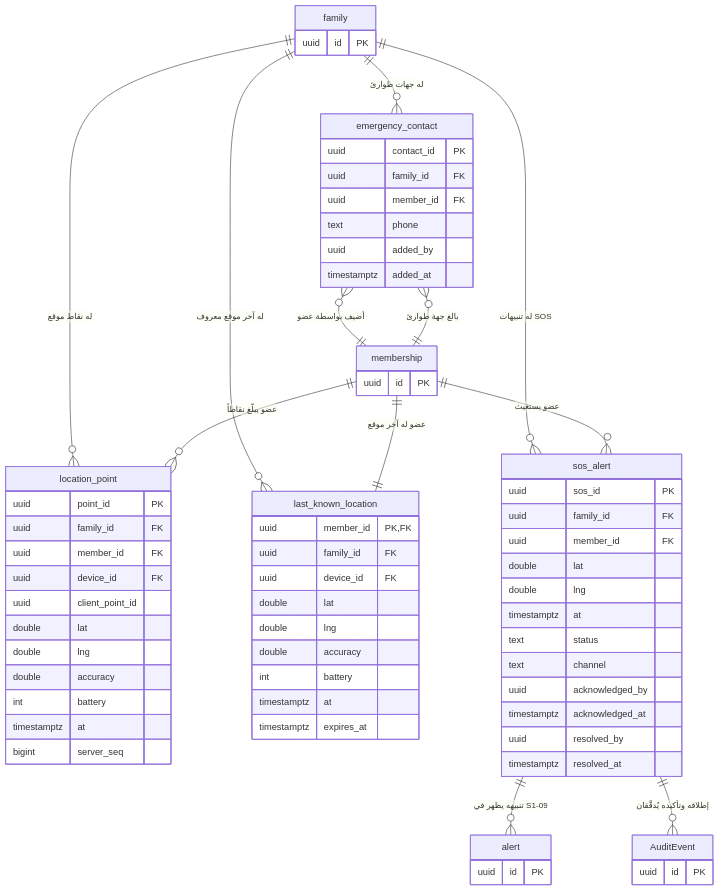
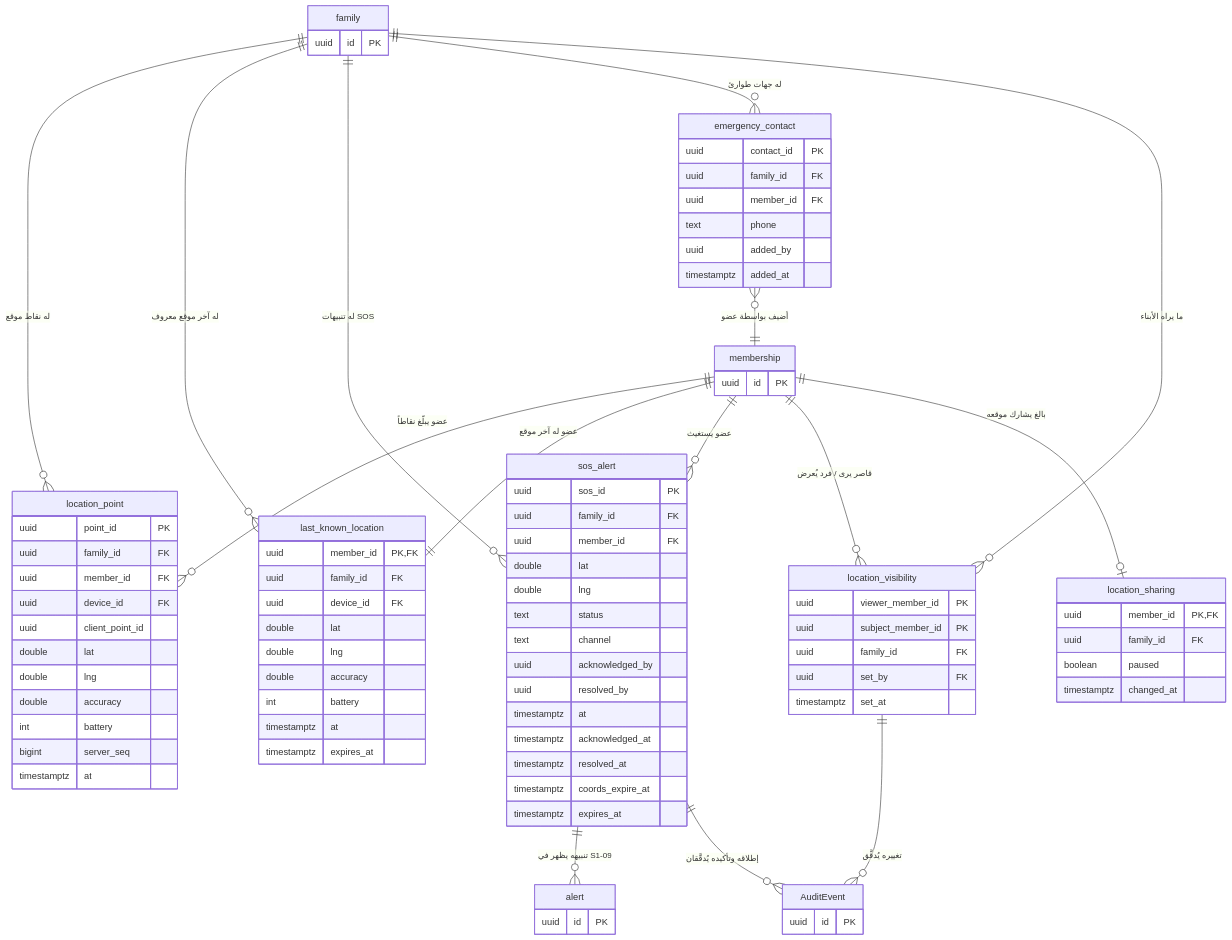
One commit to Bassam-mohammed-alqaeadi/family-os-v2 changed the second of 23 diagrams in docs/family-os/governance/phases/phase-1/S1-07-location-basic/DIAGRAMS.md. Above: the diagram before and after it, drawn with Mermaid. The commit also changed other lines of this file, not shown here.

```diff
--- a/docs/family-os/governance/phases/phase-1/S1-07-location-basic/DIAGRAMS.md
+++ b/docs/family-os/governance/phases/phase-1/S1-07-location-basic/DIAGRAMS.md
@@ -96,12 +112,15 @@
     family ||--o{ last_known_location : "له آخر موقع معروف"
     family ||--o{ sos_alert : "له تنبيهات SOS"
     family ||--o{ emergency_contact : "له جهات طوارئ"
+    family ||--o{ location_visibility : "ما يراه الأبناء"
     membership ||--o{ location_point : "عضو يبلّغ نقاطاً"
     membership ||--|| last_known_location : "عضو له آخر موقع"
     membership ||--o{ sos_alert : "عضو يستغيث"
-    membership ||--o{ emergency_contact : "بالغ جهة طوارئ"
+    membership ||--o{ location_visibility : "قاصر يرى / فرد يُعرض"
+    membership ||--o| location_sharing : "بالغ يشارك موقعه"
     sos_alert ||--o{ alert : "تنبيهه يظهر في S1-09"
     sos_alert ||--o{ AuditEvent : "إطلاقه وتأكيده يُدقَّقان"
+    location_visibility ||--o{ AuditEvent : "تغييره يُدقَّق"
     emergency_contact }o--|| membership : "أضيف بواسطة عضو"
 
     location_point {
@@ -114,8 +133,8 @@
         double lng
         double accuracy
         int battery
+        bigint server_seq
         timestamptz at
-        bigint server_seq
     }
     last_known_location {
         uuid member_id PK, FK
@@ -134,13 +153,28 @@
         uuid member_id FK
         double lat
         double lng
-        timestamptz at
         text status
         text channel
         uuid acknowledged_by
+        uuid resolved_by
+        timestamptz at
         timestamptz acknowledged_at
-        uuid resolved_by
         timestamptz resolved_at
+        timestamptz coords_expire_at
+        timestamptz expires_at
+    }
+    location_visibility {
+        uuid viewer_member_id PK
+        uuid subject_member_id PK
+        uuid family_id FK
+        uuid set_by FK
+        timestamptz set_at
+    }
+    location_sharing {
+        uuid member_id PK, FK
+        uuid family_id FK
+        boolean paused
+        timestamptz changed_at
     }
     emergency_contact {
         uuid contact_id PK
```
